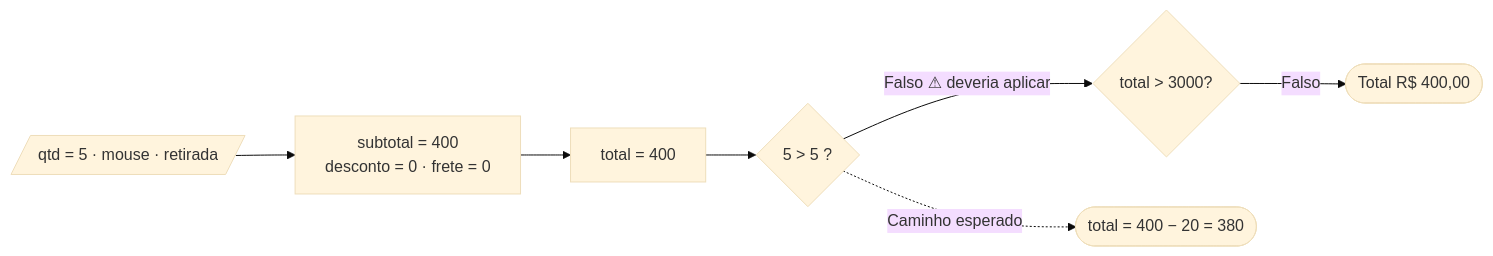
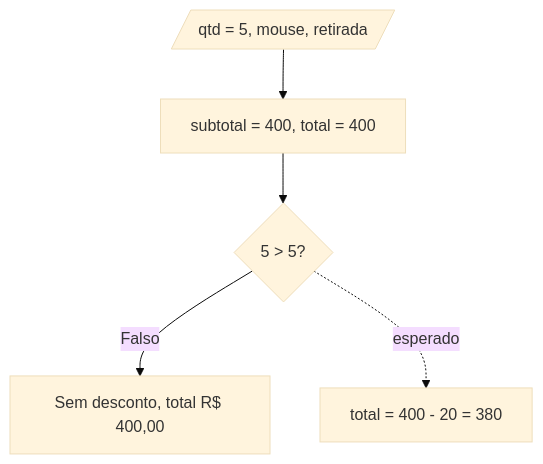
The fourth of 7 diagrams in README.md (italomtlindo/caixa_branca), drawn with Mermaid (base theme) before and after one commit. The commit also changed other lines of this file, not shown here.

````diff
--- a/README.md
+++ b/README.md
@@ -368,9 +340,7 @@
 ```mermaid
-flowchart LR
-    A[/qtd = 5 · mouse · retirada/] --> B["subtotal = 400<br/>desconto = 0 · frete = 0"]
-    B --> C["total = 400"]
-    C --> D{"5 > 5 ?"}
-    D -- "Falso ⚠ deveria aplicar" --> E{"total > 3000?"}
-    E -- Falso --> F([Total R$ 400,00])
-    D -. "Caminho esperado" .-> G([total = 400 − 20 = 380])
+flowchart TD
+    A[/qtd = 5, mouse, retirada/] --> B[subtotal = 400, total = 400]
+    B --> C{5 > 5?}
+    C -- Falso --> D[Sem desconto, total R$ 400,00]
+    C -. esperado .-> E[total = 400 - 20 = 380]
 ```
````
